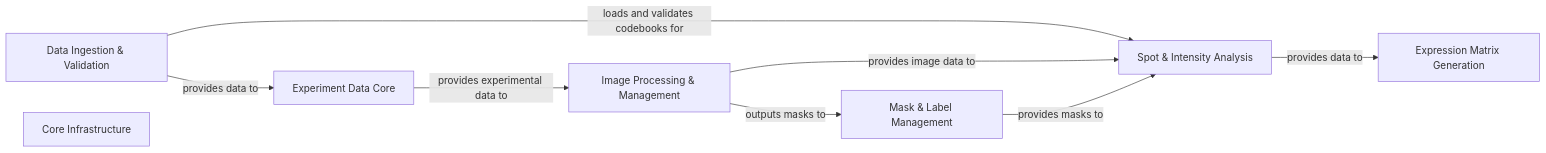
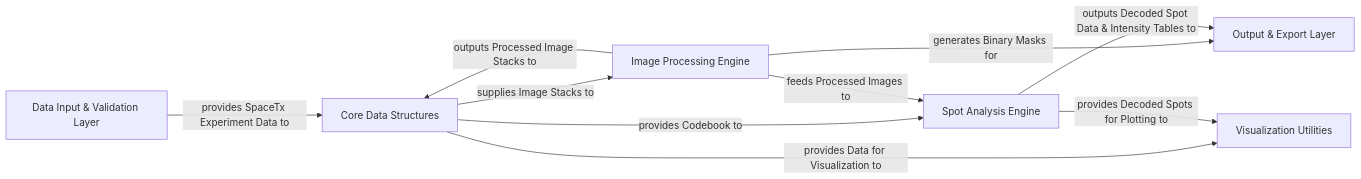
Before and after one commit to CodeBoarding/GeneratedOnBoardings: the diagram in starfish/on_boarding.md, drawn with Mermaid. The commit also changed other lines of this file and 12 other files, not shown here.

````diff
--- a/starfish/on_boarding.md
+++ b/starfish/on_boarding.md
@@ -1,23 +1,24 @@
 ```mermaid
 graph LR
-    Experiment_Data_Core["Experiment Data Core"]
-    Data_Ingestion_Validation["Data Ingestion & Validation"]
-    Image_Processing_Management["Image Processing & Management"]
-    Spot_Intensity_Analysis["Spot & Intensity Analysis"]
-    Mask_Label_Management["Mask & Label Management"]
-    Expression_Matrix_Generation["Expression Matrix Generation"]
-    Core_Infrastructure["Core Infrastructure"]
-    Data_Ingestion_Validation -- "provides data to" --> Experiment_Data_Core
-    Experiment_Data_Core -- "provides experimental data to" --> Image_Processing_Management
-    Data_Ingestion_Validation -- "loads and validates codebooks for" --> Spot_Intensity_Analysis
-    Image_Processing_Management -- "provides image data to" --> Spot_Intensity_Analysis
-    Image_Processing_Management -- "outputs masks to" --> Mask_Label_Management
-    Mask_Label_Management -- "provides masks to" --> Spot_Intensity_Analysis
-    Spot_Intensity_Analysis -- "provides data to" --> Expression_Matrix_Generation
-    click Experiment_Data_Core href "https://github.com/CodeBoarding/GeneratedOnBoardings/blob/main/starfish/Experiment_Data_Core.md" "Details"
-    click Image_Processing_Management href "https://github.com/CodeBoarding/GeneratedOnBoardings/blob/main/starfish/Image_Processing_Management.md" "Details"
-    click Spot_Intensity_Analysis href "https://github.com/CodeBoarding/GeneratedOnBoardings/blob/main/starfish/Spot_Intensity_Analysis.md" "Details"
-    click Mask_Label_Management href "https://github.com/CodeBoarding/GeneratedOnBoardings/blob/main/starfish/Mask_Label_Management.md" "Details"
-    click Expression_Matrix_Generation href "https://github.com/CodeBoarding/GeneratedOnBoardings/blob/main/starfish/Expression_Matrix_Generation.md" "Details"
-    click Core_Infrastructure href "https://github.com/CodeBoarding/GeneratedOnBoardings/blob/main/starfish/Core_Infrastructure.md" "Details"
+    Data_Input_Validation_Layer["Data Input & Validation Layer"]
+    Core_Data_Structures["Core Data Structures"]
+    Image_Processing_Engine["Image Processing Engine"]
+    Spot_Analysis_Engine["Spot Analysis Engine"]
+    Output_Export_Layer["Output & Export Layer"]
+    Visualization_Utilities["Visualization Utilities"]
+    Data_Input_Validation_Layer -- "provides SpaceTx Experiment Data to" --> Core_Data_Structures
+    Core_Data_Structures -- "supplies Image Stacks to" --> Image_Processing_Engine
+    Core_Data_Structures -- "provides Codebook to" --> Spot_Analysis_Engine
+    Image_Processing_Engine -- "outputs Processed Image Stacks to" --> Core_Data_Structures
+    Image_Processing_Engine -- "feeds Processed Images to" --> Spot_Analysis_Engine
+    Image_Processing_Engine -- "generates Binary Masks for" --> Output_Export_Layer
+    Spot_Analysis_Engine -- "outputs Decoded Spot Data & Intensity Tables to" --> Output_Export_Layer
+    Core_Data_Structures -- "provides Data for Visualization to" --> Visualization_Utilities
+    Spot_Analysis_Engine -- "provides Decoded Spots for Plotting to" --> Visualization_Utilities
+    click Data_Input_Validation_Layer href "https://github.com/CodeBoarding/GeneratedOnBoardings/blob/main/starfish/Data_Input_Validation_Layer.md" "Details"
+    click Core_Data_Structures href "https://github.com/CodeBoarding/GeneratedOnBoardings/blob/main/starfish/Core_Data_Structures.md" "Details"
+    click Image_Processing_Engine href "https://github.com/CodeBoarding/GeneratedOnBoardings/blob/main/starfish/Image_Processing_Engine.md" "Details"
+    click Spot_Analysis_Engine href "https://github.com/CodeBoarding/GeneratedOnBoardings/blob/main/starfish/Spot_Analysis_Engine.md" "Details"
+    click Output_Export_Layer href "https://github.com/CodeBoarding/GeneratedOnBoardings/blob/main/starfish/Output_Export_Layer.md" "Details"
+    click Visualization_Utilities href "https://github.com/CodeBoarding/GeneratedOnBoardings/blob/main/starfish/Visualization_Utilities.md" "Details"
 ```
````
